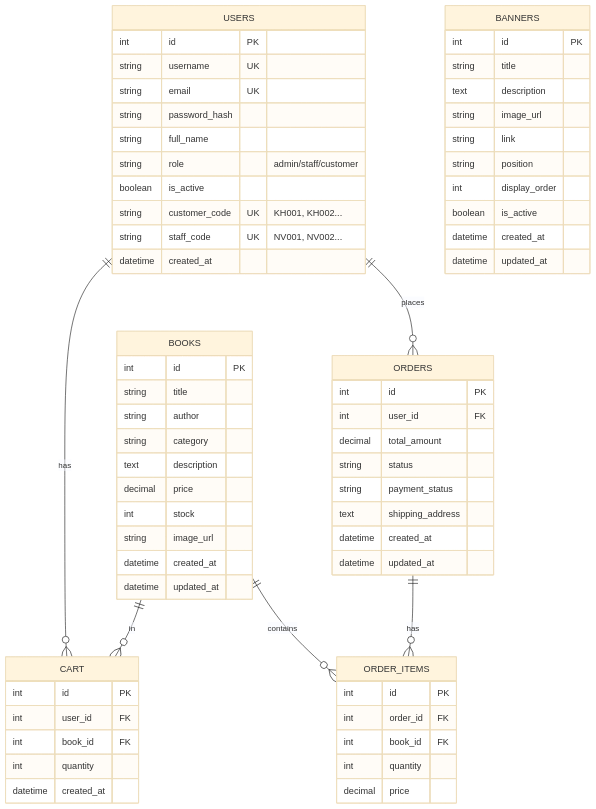
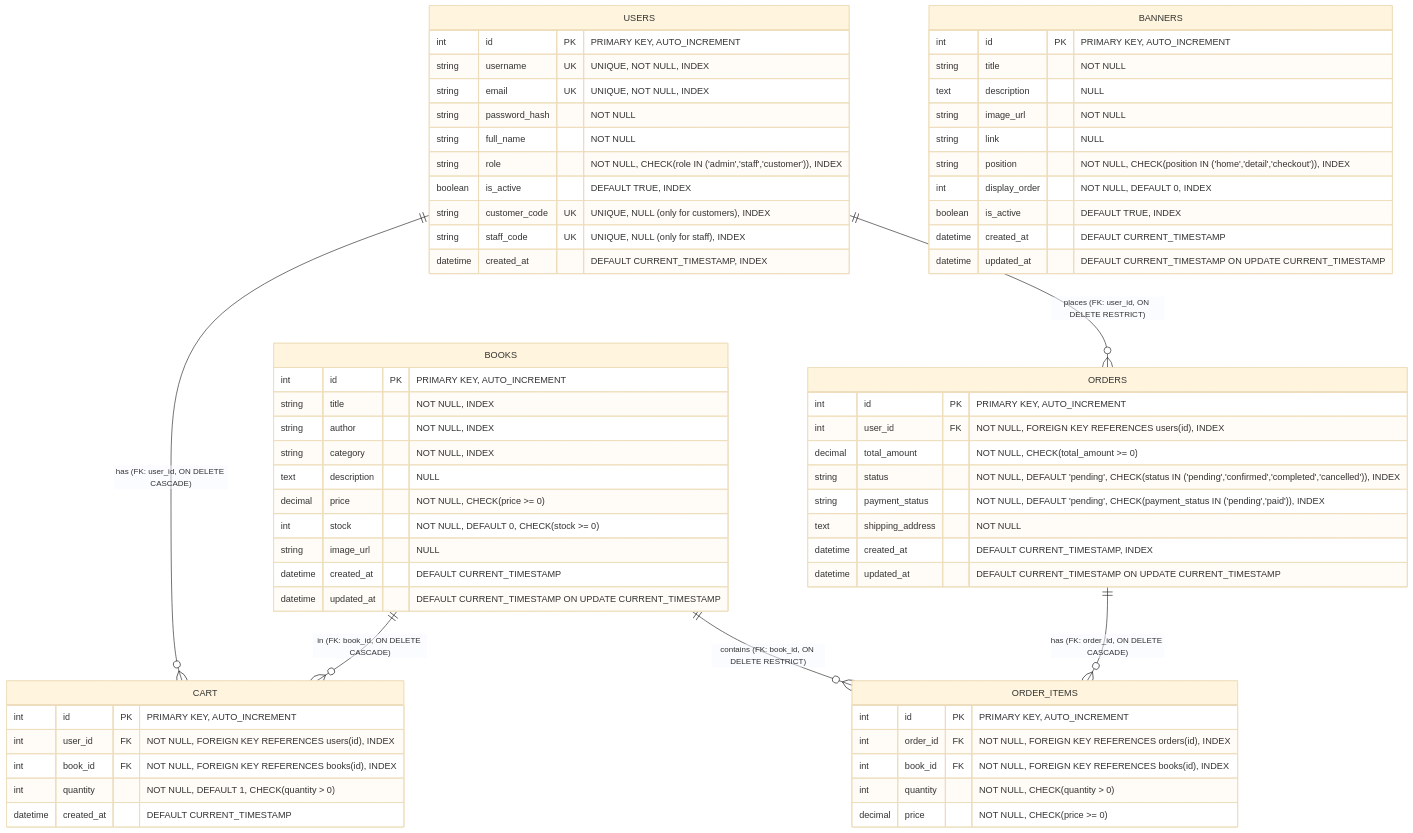
The diagram in docs/diagrams/database-erd.mmd (duynhne/bookstored), drawn with Mermaid (base theme) before and after one commit. The commit also changed 17 other files, not shown here.

```diff
--- a/docs/diagrams/database-erd.mmd
+++ b/docs/diagrams/database-erd.mmd
@@ -1,72 +1,72 @@
 erDiagram
-    USERS ||--o{ CART : has
-    USERS ||--o{ ORDERS : places
-    BOOKS ||--o{ CART : in
-    BOOKS ||--o{ ORDER_ITEMS : contains
-    ORDERS ||--o{ ORDER_ITEMS : has
+    USERS ||--o{ CART : "has (FK: user_id, ON DELETE CASCADE)"
+    USERS ||--o{ ORDERS : "places (FK: user_id, ON DELETE RESTRICT)"
+    BOOKS ||--o{ CART : "in (FK: book_id, ON DELETE CASCADE)"
+    BOOKS ||--o{ ORDER_ITEMS : "contains (FK: book_id, ON DELETE RESTRICT)"
+    ORDERS ||--o{ ORDER_ITEMS : "has (FK: order_id, ON DELETE CASCADE)"
 
     USERS {
-        int id PK
-        string username UK
-        string email UK
-        string password_hash
-        string full_name
-        string role "admin/staff/customer"
-        boolean is_active
-        string customer_code UK "KH001, KH002..."
-        string staff_code UK "NV001, NV002..."
-        datetime created_at
+        int id PK "PRIMARY KEY, AUTO_INCREMENT"
+        string username UK "UNIQUE, NOT NULL, INDEX"
+        string email UK "UNIQUE, NOT NULL, INDEX"
+        string password_hash "NOT NULL"
+        string full_name "NOT NULL"
+        string role "NOT NULL, CHECK(role IN ('admin','staff','customer')), INDEX"
+        boolean is_active "DEFAULT TRUE, INDEX"
+        string customer_code UK "UNIQUE, NULL (only for customers), INDEX"
+        string staff_code UK "UNIQUE, NULL (only for staff), INDEX"
+        datetime created_at "DEFAULT CURRENT_TIMESTAMP, INDEX"
     }
 
     BOOKS {
-        int id PK
-        string title
-        string author
-        string category
-        text description
-        decimal price
-        int stock
-        string image_url
-        datetime created_at
-        datetime updated_at
+        int id PK "PRIMARY KEY, AUTO_INCREMENT"
+        string title "NOT NULL, INDEX"
+        string author "NOT NULL, INDEX"
+        string category "NOT NULL, INDEX"
+        text description "NULL"
+        decimal price "NOT NULL, CHECK(price >= 0)"
+        int stock "NOT NULL, DEFAULT 0, CHECK(stock >= 0)"
+        string image_url "NULL"
+        datetime created_at "DEFAULT CURRENT_TIMESTAMP"
+        datetime updated_at "DEFAULT CURRENT_TIMESTAMP ON UPDATE CURRENT_TIMESTAMP"
     }
 
     CART {
-        int id PK
-        int user_id FK
-        int book_id FK
-        int quantity
-        datetime created_at
+        int id PK "PRIMARY KEY, AUTO_INCREMENT"
+        int user_id FK "NOT NULL, FOREIGN KEY REFERENCES users(id), INDEX"
+        int book_id FK "NOT NULL, FOREIGN KEY REFERENCES books(id), INDEX"
+        int quantity "NOT NULL, DEFAULT 1, CHECK(quantity > 0)"
+        datetime created_at "DEFAULT CURRENT_TIMESTAMP"
     }
 
     ORDERS {
-        int id PK
-        int user_id FK
-        decimal total_amount
-        string status
-        string payment_status
-        text shipping_address
-        datetime created_at
-        datetime updated_at
+        int id PK "PRIMARY KEY, AUTO_INCREMENT"
+        int user_id FK "NOT NULL, FOREIGN KEY REFERENCES users(id), INDEX"
+        decimal total_amount "NOT NULL, CHECK(total_amount >= 0)"
+        string status "NOT NULL, DEFAULT 'pending', CHECK(status IN ('pending','confirmed','completed','cancelled')), INDEX"
+        string payment_status "NOT NULL, DEFAULT 'pending', CHECK(payment_status IN ('pending','paid')), INDEX"
+        text shipping_address "NOT NULL"
+        datetime created_at "DEFAULT CURRENT_TIMESTAMP, INDEX"
+        datetime updated_at "DEFAULT CURRENT_TIMESTAMP ON UPDATE CURRENT_TIMESTAMP"
     }
 
     ORDER_ITEMS {
-        int id PK
-        int order_id FK
-        int book_id FK
-        int quantity
-        decimal price
+        int id PK "PRIMARY KEY, AUTO_INCREMENT"
+        int order_id FK "NOT NULL, FOREIGN KEY REFERENCES orders(id), INDEX"
+        int book_id FK "NOT NULL, FOREIGN KEY REFERENCES books(id), INDEX"
+        int quantity "NOT NULL, CHECK(quantity > 0)"
+        decimal price "NOT NULL, CHECK(price >= 0)"
     }
 
     BANNERS {
-        int id PK
-        string title
-        text description
-        string image_url
-        string link
-        string position
-        int display_order
-        boolean is_active
-        datetime created_at
-        datetime updated_at
+        int id PK "PRIMARY KEY, AUTO_INCREMENT"
+        string title "NOT NULL"
+        text description "NULL"
+        string image_url "NOT NULL"
+        string link "NULL"
+        string position "NOT NULL, CHECK(position IN ('home','detail','checkout')), INDEX"
+        int display_order "NOT NULL, DEFAULT 0, INDEX"
+        boolean is_active "DEFAULT TRUE, INDEX"
+        datetime created_at "DEFAULT CURRENT_TIMESTAMP"
+        datetime updated_at "DEFAULT CURRENT_TIMESTAMP ON UPDATE CURRENT_TIMESTAMP"
     }
```
